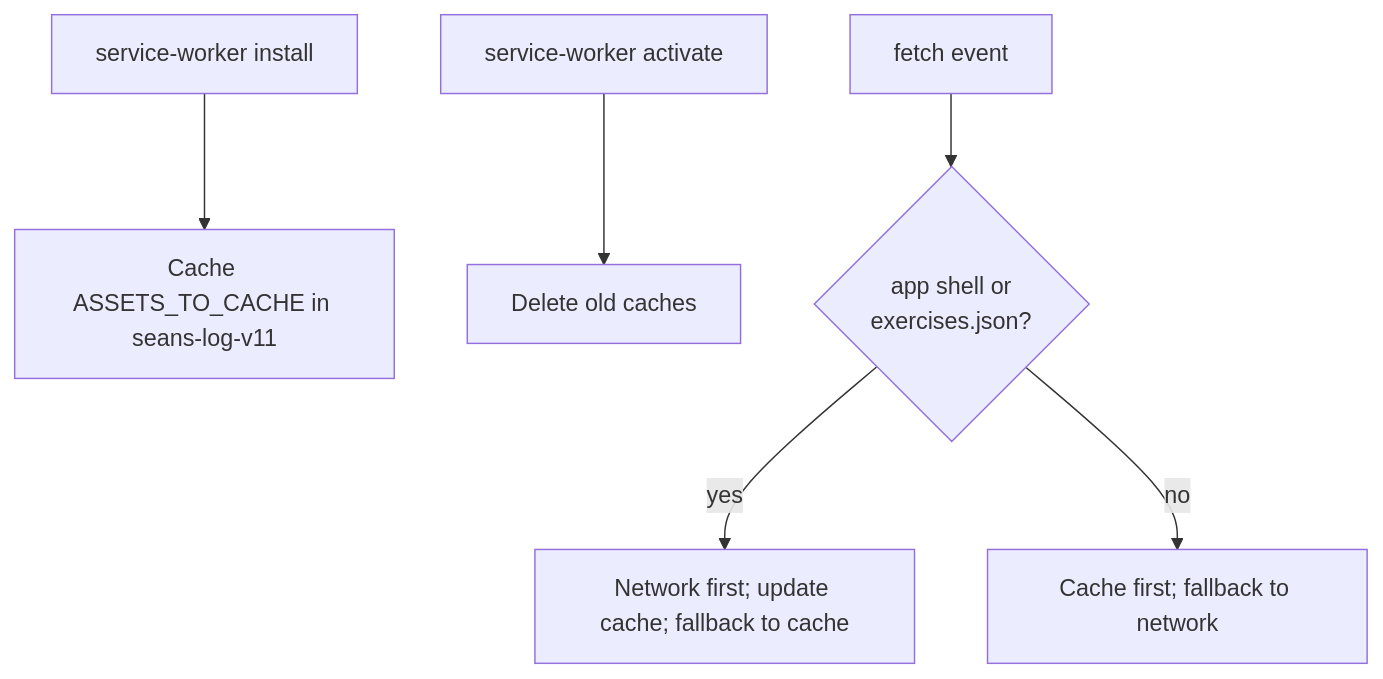
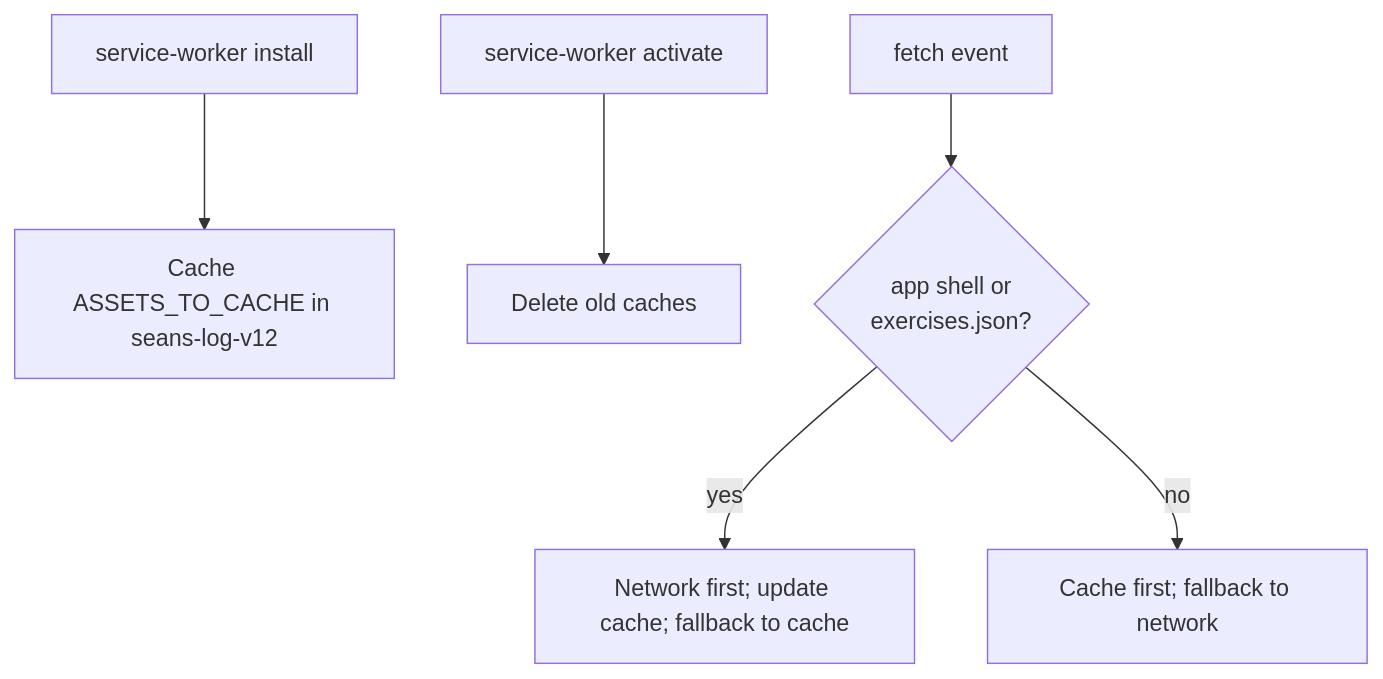
Before and after one commit to 0sps/sull1van.com: the fifth of 5 diagrams in workouts/WORKOUTS_ARCHITECTURE.md, drawn with Mermaid. The commit also changed other lines of this file and 2 other files, not shown here.

````diff
--- a/workouts/WORKOUTS_ARCHITECTURE.md
+++ b/workouts/WORKOUTS_ARCHITECTURE.md
@@ -224,8 +224,8 @@
 ```mermaid
 flowchart TD
-    Install["service-worker install"] --> Cache["Cache ASSETS_TO_CACHE in seans-log-v11"]
+    Install["service-worker install"] --> Cache["Cache ASSETS_TO_CACHE in seans-log-v12"]
     Activate["service-worker activate"] --> Cleanup["Delete old caches"]
     Fetch["fetch event"] --> Shell{"app shell or<br/>exercises.json?"}
     Shell -->|yes| NetworkFirst["Network first; update cache; fallback to cache"]
     Shell -->|no| CacheFirst["Cache first; fallback to network"]
 ```
````
